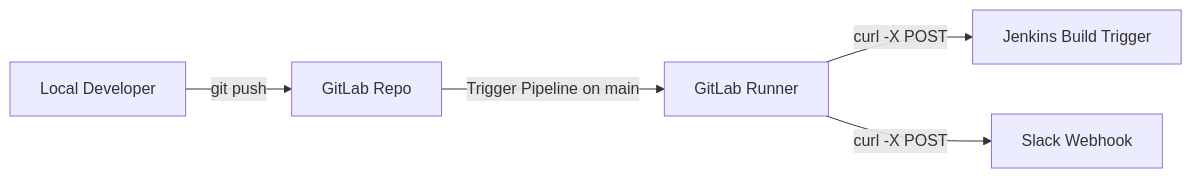
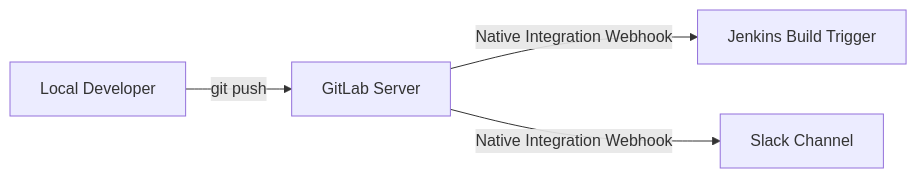
One commit to SmruthiRavindra/CI-CD-pipeline changed the diagram in README.md. Above: the diagram before and after it, drawn with Mermaid. The commit also changed other lines of this file and 1 other file, not shown here.

Commit message:
refactor: replace custom CI/CD pipeline with native GitLab project-level integrations

````diff
--- a/README.md
+++ b/README.md
@@ -11,7 +11,6 @@
 ```mermaid
 graph LR
-    Developer[Local Developer] -->|git push| GitLab[GitLab Repo]
-    GitLab -->|Trigger Pipeline on main| Runner[GitLab Runner]
-    Runner -->|curl -X POST| Jenkins[Jenkins Build Trigger]
-    Runner -->|curl -X POST| Slack[Slack Webhook]
+    Developer[Local Developer] -->|git push| GitLab[GitLab Server]
+    GitLab -->|Native Integration Webhook| Jenkins[Jenkins Build Trigger]
+    GitLab -->|Native Integration Webhook| Slack[Slack Channel]
 ```
````
